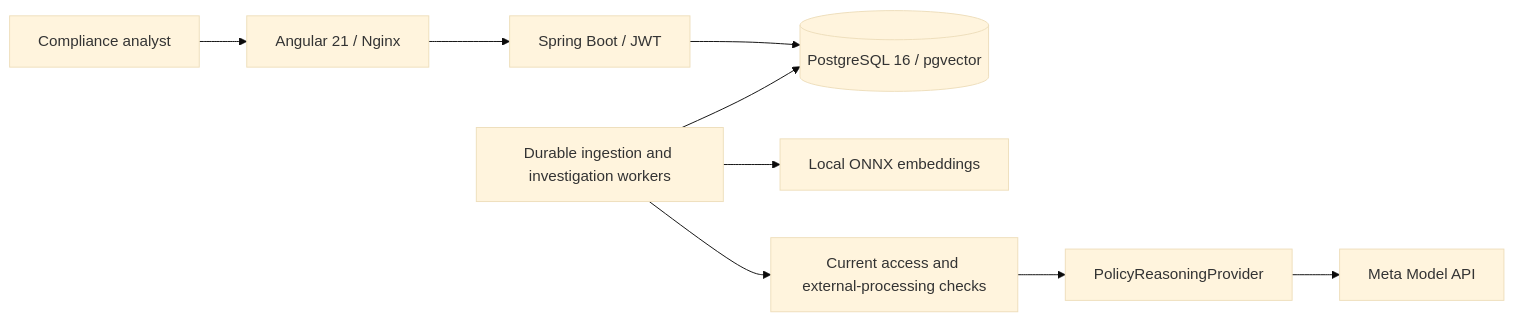
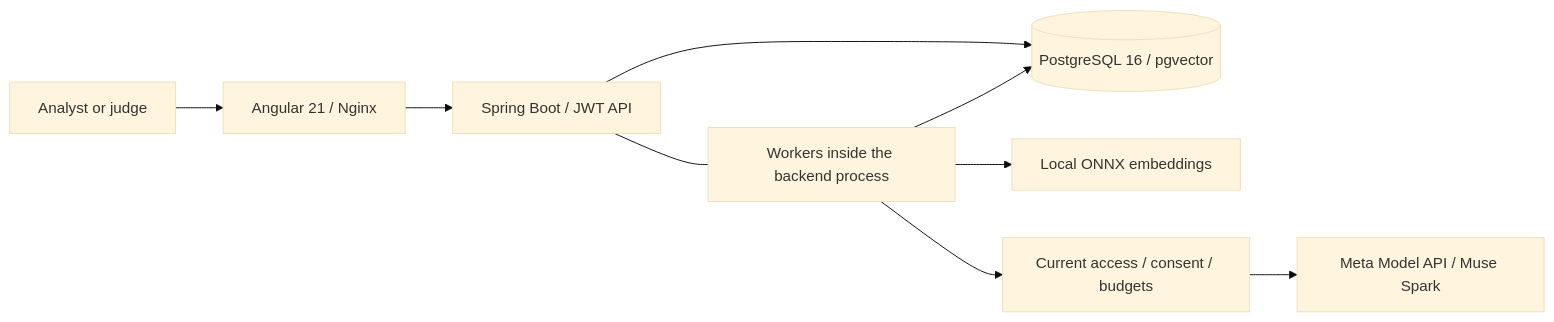
The diagram in docs/ARCHITECTURE.md (ThierryTe/ai-policy-invetigator), drawn with Mermaid (base theme) before and after one commit. The commit also changed other lines of this file and 14 other files, not shown here.

````diff
--- a/docs/ARCHITECTURE.md
+++ b/docs/ARCHITECTURE.md
@@ -10,11 +10,11 @@
 ```mermaid
 flowchart LR
-    Analyst[Compliance analyst] --> UI[Angular 21 / Nginx]
-    UI --> API[Spring Boot / JWT]
+    User[Analyst or judge] --> UI[Angular 21 / Nginx]
+    UI --> API[Spring Boot / JWT API]
     API --> DB[(PostgreSQL 16 / pgvector)]
-    Worker[Durable ingestion and investigation workers] --> DB
-    Worker --> Embed[Local ONNX embeddings]
-    Worker --> Gate[Current access and external-processing checks]
-    Gate --> Provider[PolicyReasoningProvider]
-    Provider --> Meta[Meta Model API]
+    API --- Workers[Workers inside the backend process]
+    Workers --> DB
+    Workers --> ONNX[Local ONNX embeddings]
+    Workers --> Gate[Current access / consent / budgets]
+    Gate --> Meta[Meta Model API / Muse Spark]
 ```
````
